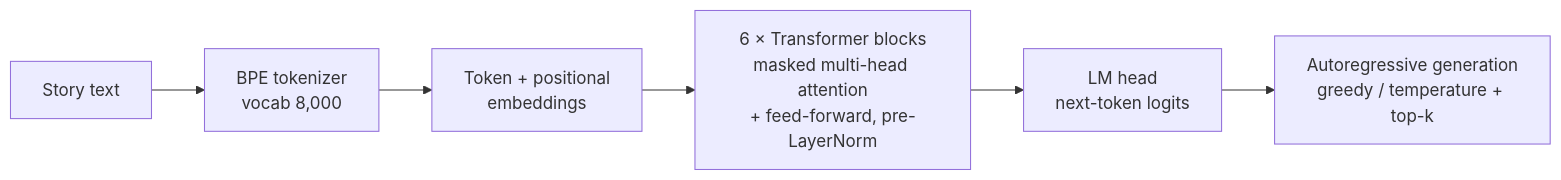
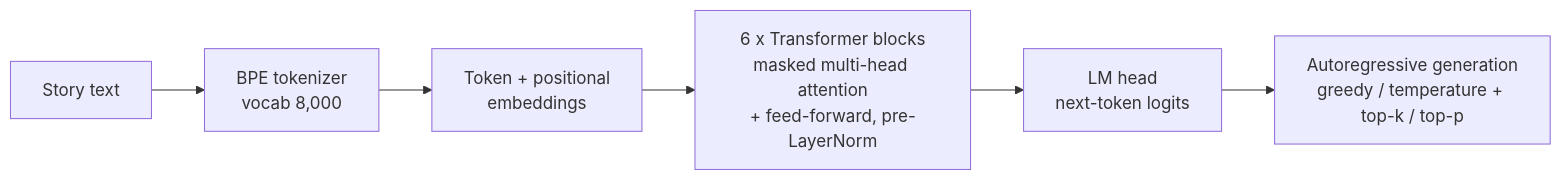
Before and after one commit to tanishq-2004/transformer-from-scratch: the first of 2 diagrams in README.md, drawn with Mermaid. The commit also changed other lines of this file and 1 other file, not shown here.

````diff
--- a/README.md
+++ b/README.md
@@ -30,8 +60,8 @@
 ```mermaid
 flowchart LR
     A[Story text] --> B[BPE tokenizer<br/>vocab 8,000]
     B --> C[Token + positional<br/>embeddings]
-    C --> D[6 × Transformer blocks<br/>masked multi-head attention<br/>+ feed-forward, pre-LayerNorm]
+    C --> D[6 x Transformer blocks<br/>masked multi-head attention<br/>+ feed-forward, pre-LayerNorm]
     D --> E[LM head<br/>next-token logits]
-    E --> F[Autoregressive generation<br/>greedy / temperature + top-k]
+    E --> F[Autoregressive generation<br/>greedy / temperature + top-k / top-p]
 ```
````
